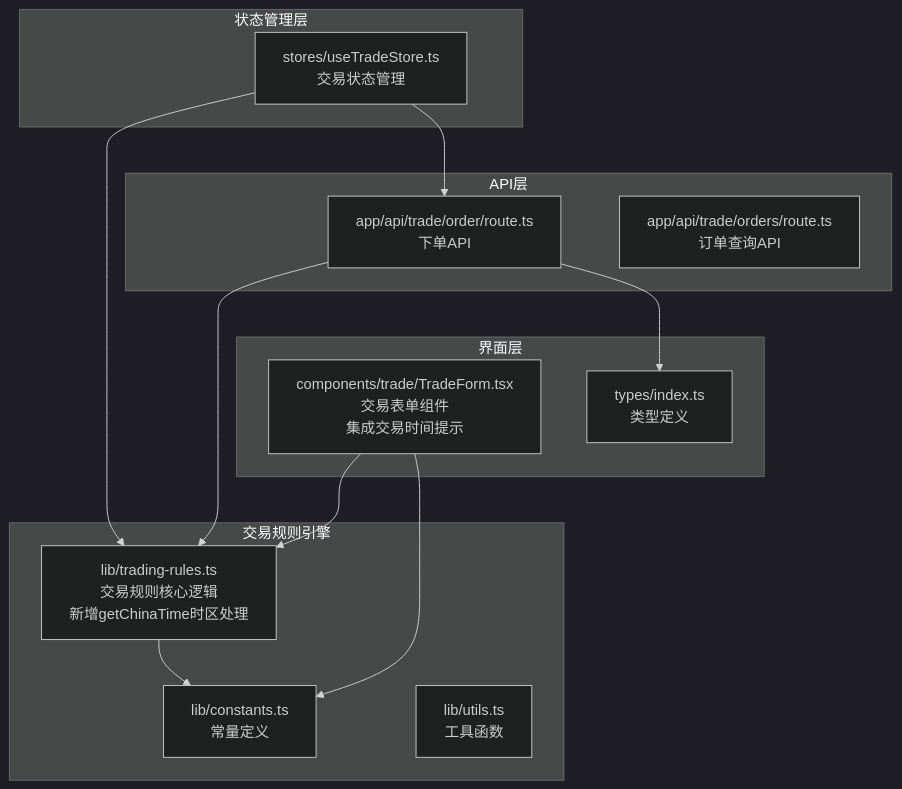
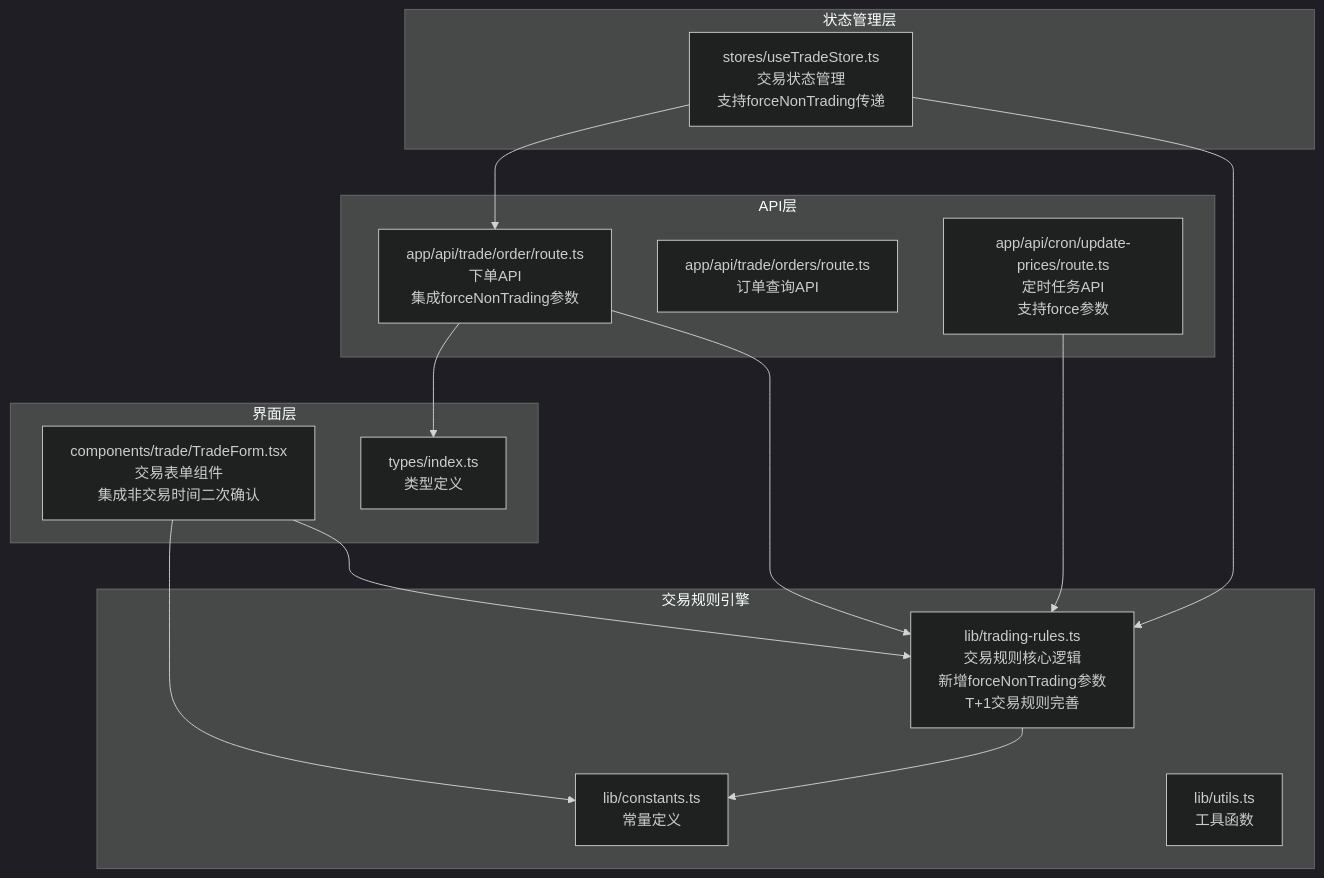
One commit to javalittleman1/virtual-stock-trading changed the first of 20 diagrams in .qoder/repowiki/zh/content/交易系统/交易规则引擎.md. Above: the diagram before and after it, drawn with Mermaid (dark theme). The commit also changed other lines of this file and 6 other files, not shown here.

````diff
--- a/.qoder/repowiki/zh/content/交易系统/交易规则引擎.md
+++ b/.qoder/repowiki/zh/content/交易系统/交易规则引擎.md
@@ -43,26 +45,28 @@
 ```mermaid
 graph TB
 subgraph "交易规则引擎"
-TR["lib/trading-rules.ts<br/>交易规则核心逻辑<br/>新增getChinaTime时区处理"]
+TR["lib/trading-rules.ts<br/>交易规则核心逻辑<br/>新增forceNonTrading参数<br/>T+1交易规则完善"]
 CT["lib/constants.ts<br/>常量定义"]
 UT["lib/utils.ts<br/>工具函数"]
 end
 subgraph "API层"
-OR["app/api/trade/order/route.ts<br/>下单API"]
+OR["app/api/trade/order/route.ts<br/>下单API<br/>集成forceNonTrading参数"]
 LR["app/api/trade/orders/route.ts<br/>订单查询API"]
+CR["app/api/cron/update-prices/route.ts<br/>定时任务API<br/>支持force参数"]
 end
 subgraph "状态管理层"
-TS["stores/useTradeStore.ts<br/>交易状态管理"]
+TS["stores/useTradeStore.ts<br/>交易状态管理<br/>支持forceNonTrading传递"]
 end
 subgraph "界面层"
-TF["components/trade/TradeForm.tsx<br/>交易表单组件<br/>集成交易时间提示"]
+TF["components/trade/TradeForm.tsx<br/>交易表单组件<br/>集成非交易时间二次确认"]
 TY["types/index.ts<br/>类型定义"]
 end
 TR --> CT
 OR --> TR
 TS --> TR
 TF --> TR
 TF --> CT
 TS --> OR
 OR --> TY
+CR --> TR
 ```
````
